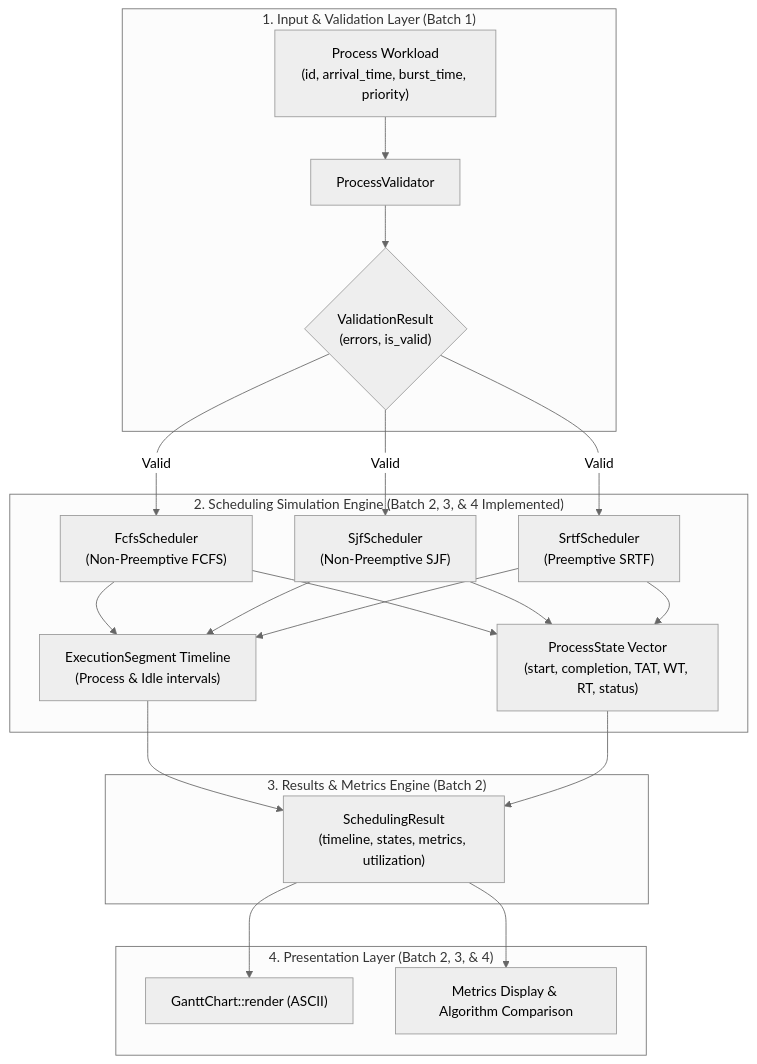
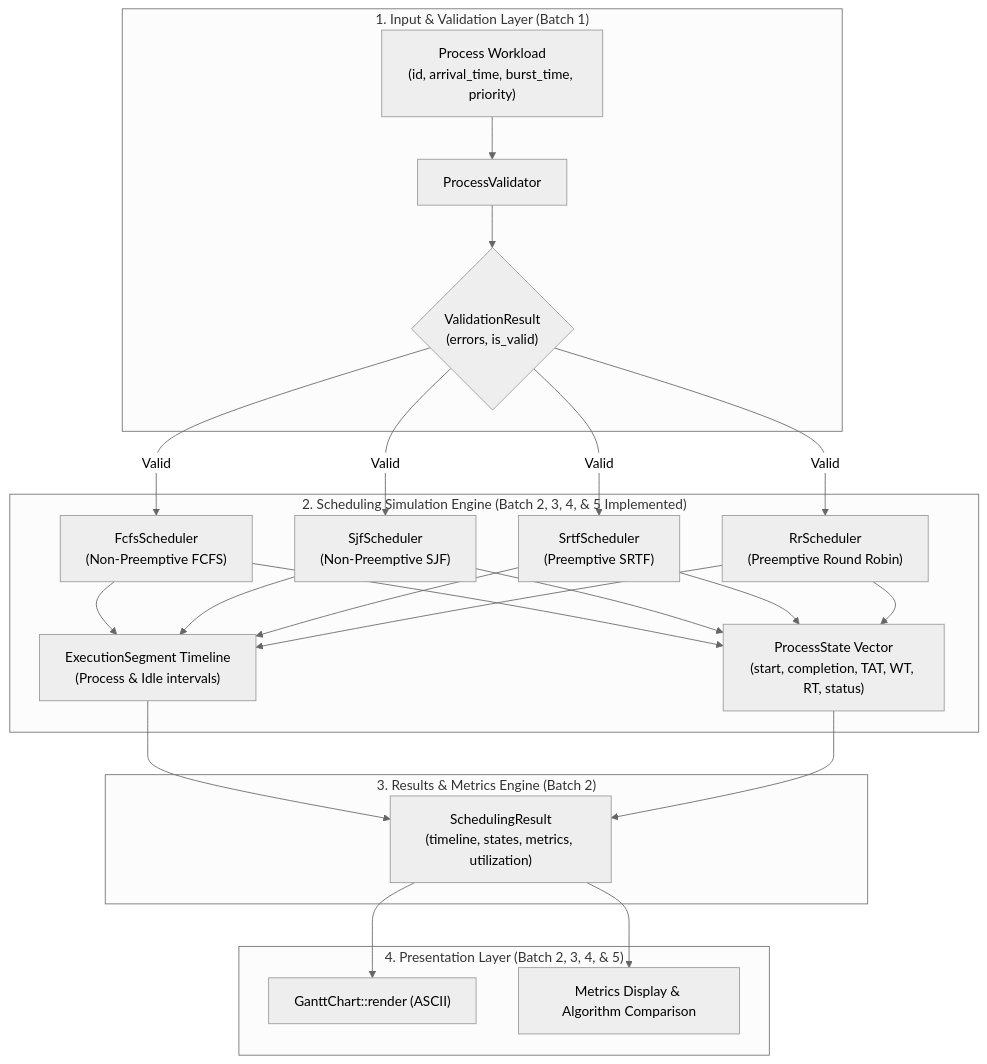
Before and after one commit to ThunderSkull7/cpu-scheduling-simulator: the diagram in docs/ARCHITECTURE.md, drawn with Mermaid (neutral theme). The commit also changed other lines of this file and 8 other files, not shown here.

Commit message:
feat: implement Round Robin CPU scheduling algorithm

````diff
--- a/docs/ARCHITECTURE.md
+++ b/docs/ARCHITECTURE.md
@@ -16,24 +16,25 @@
 ```mermaid
 flowchart TD
     subgraph InputLayer["1. Input & Validation Layer (Batch 1)"]
         RawWorkload["Process Workload\n(id, arrival_time, burst_time, priority)"] --> Validator["ProcessValidator"]
         Validator --> ValidationResult{"ValidationResult\n(errors, is_valid)"}
     end
 
-    subgraph SimulationLayer["2. Scheduling Simulation Engine (Batch 2, 3, & 4 Implemented)"]
+    subgraph SimulationLayer["2. Scheduling Simulation Engine (Batch 2, 3, 4, & 5 Implemented)"]
         ValidationResult -->|Valid| Fcfs["FcfsScheduler\n(Non-Preemptive FCFS)"]
         ValidationResult -->|Valid| Sjf["SjfScheduler\n(Non-Preemptive SJF)"]
         ValidationResult -->|Valid| Srtf["SrtfScheduler\n(Preemptive SRTF)"]
-        Fcfs & Sjf & Srtf --> ProcessState["ProcessState Vector\n(start, completion, TAT, WT, RT, status)"]
-        Fcfs & Sjf & Srtf --> Timeline["ExecutionSegment Timeline\n(Process & Idle intervals)"]
+        ValidationResult -->|Valid| Rr["RrScheduler\n(Preemptive Round Robin)"]
+        Fcfs & Sjf & Srtf & Rr --> ProcessState["ProcessState Vector\n(start, completion, TAT, WT, RT, status)"]
+        Fcfs & Sjf & Srtf & Rr --> Timeline["ExecutionSegment Timeline\n(Process & Idle intervals)"]
     end
 
     subgraph AnalyticsLayer["3. Results & Metrics Engine (Batch 2)"]
         Timeline & ProcessState --> SchedulingResult["SchedulingResult\n(timeline, states, metrics, utilization)"]
     end
 
-    subgraph PresentationLayer["4. Presentation Layer (Batch 2, 3, & 4)"]
+    subgraph PresentationLayer["4. Presentation Layer (Batch 2, 3, 4, & 5)"]
         SchedulingResult --> GanttChart["GanttChart::render (ASCII)"]
         SchedulingResult --> CliMetrics["Metrics Display & Algorithm Comparison"]
     end
 ```
````
